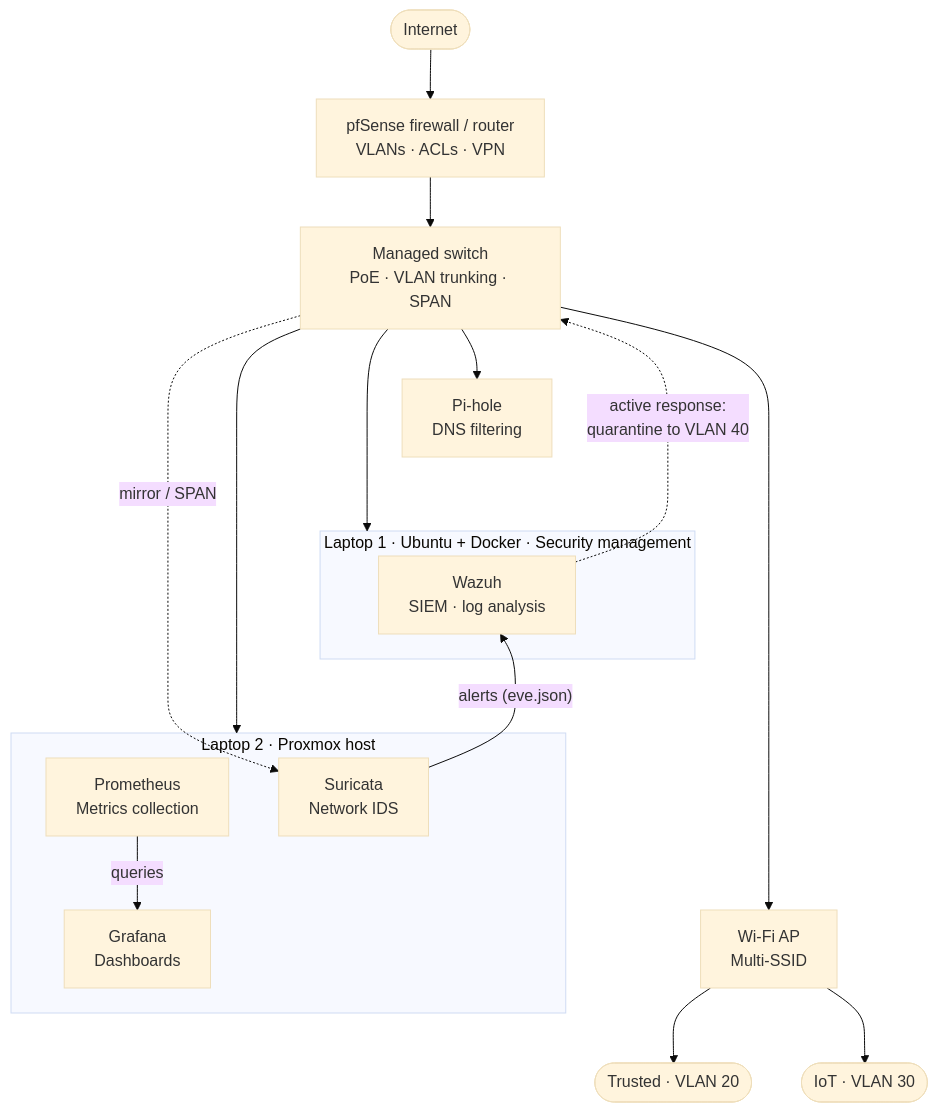
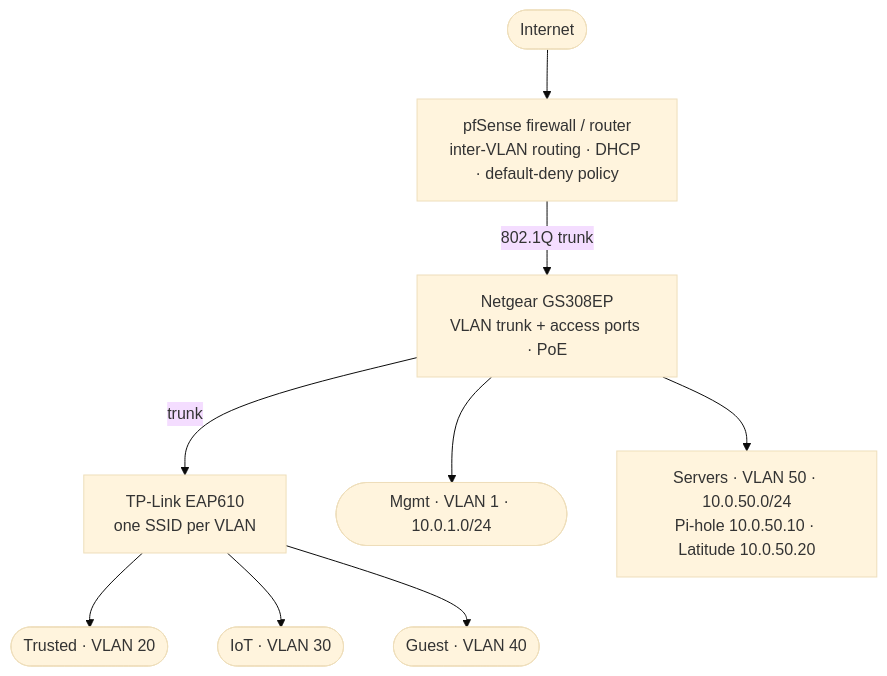
The diagram in README.md (uploadtigris/network-segmentation-ids), drawn with Mermaid (base theme) before and after one commit. The commit also changed other lines of this file, not shown here.

````diff
--- a/README.md
+++ b/README.md
@@ -43,26 +58,11 @@
 ```mermaid
 graph TD
-  NET([Internet]) --> PF["pfSense firewall / router<br/>VLANs · ACLs · VPN"]
-  PF --> SW["Managed switch<br/>PoE · VLAN trunking · SPAN"]
-  SW --> PIHOLE["Pi-hole<br/>DNS filtering"]
-  SW --> L1
-  SW --> L2
-  SW --> AP["Wi-Fi AP<br/>Multi-SSID"]
-  AP --> VLAN20(["Trusted · VLAN 20"])
-  AP --> VLAN30(["IoT · VLAN 30"])
-  SW -. "mirror / SPAN" .-> SURICATA
-  SURICATA -- "alerts (eve.json)" --> WAZUH
-  WAZUH -. "active response:<br/>quarantine to VLAN 40" .-> SW
-  subgraph L1 ["Laptop 1 · Ubuntu + Docker · Security management"]
-    WAZUH["Wazuh<br/>SIEM · log analysis"]
-  end
-  subgraph L2 ["Laptop 2 · Proxmox host"]
-    SURICATA["Suricata<br/>Network IDS"]
-    PROM["Prometheus<br/>Metrics collection"]
-    GRAF["Grafana<br/>Dashboards"]
-    PROM -- "queries" --> GRAF
-  end
-  PIHOLE ~~~ L1
-  L1 ~~~ L2
-  L2 ~~~ AP
+  NET([Internet]) --> PF["pfSense firewall / router<br/>inter-VLAN routing · DHCP · default-deny policy"]
+  PF -- "802.1Q trunk" --> SW["Netgear GS308EP<br/>VLAN trunk + access ports · PoE"]
+  SW -- "trunk" --> AP["TP-Link EAP610<br/>one SSID per VLAN"]
+  SW --> V1(["Mgmt · VLAN 1 · 10.0.1.0/24"])
+  SW --> SRV["Servers · VLAN 50 · 10.0.50.0/24<br/>Pi-hole 10.0.50.10 · Latitude 10.0.50.20"]
+  AP --> V20(["Trusted · VLAN 20"])
+  AP --> V30(["IoT · VLAN 30"])
+  AP --> V40(["Guest · VLAN 40"])
 ```
````
